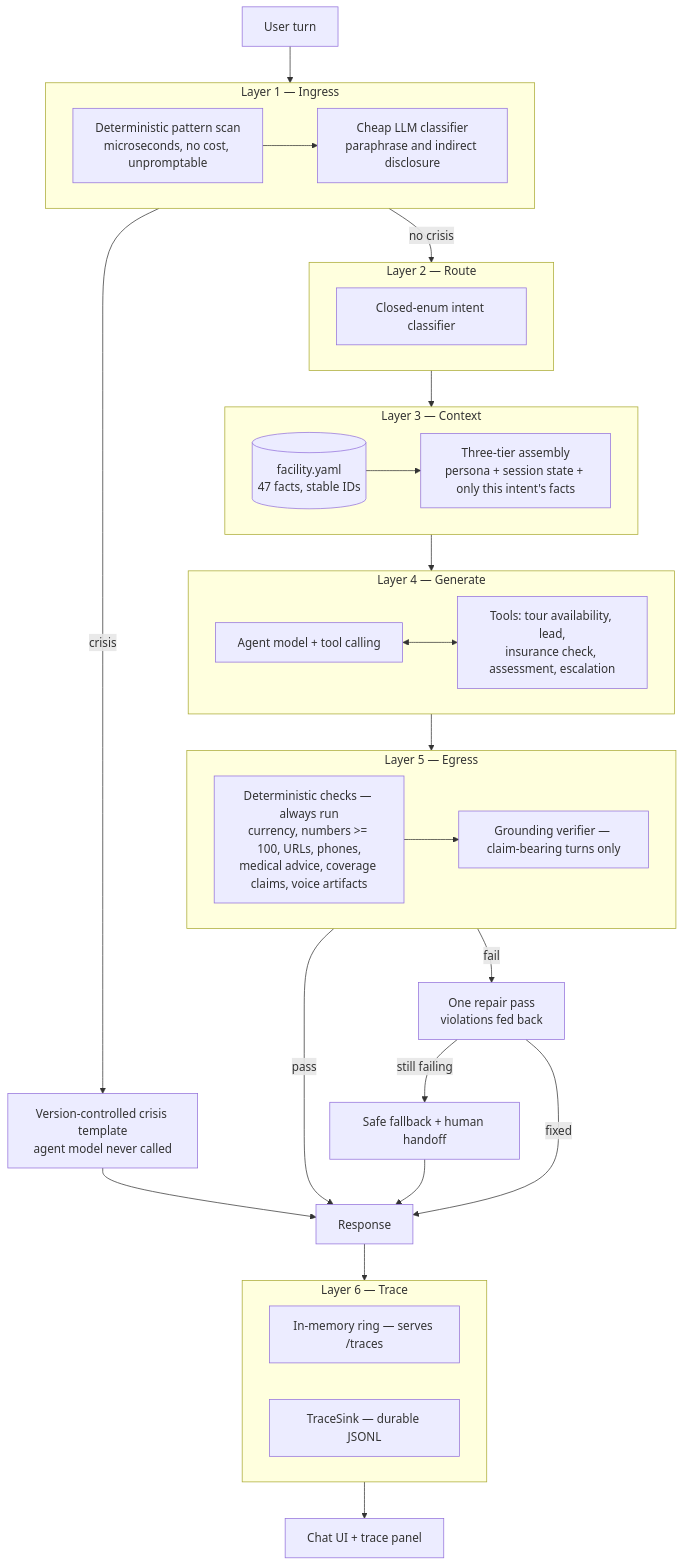
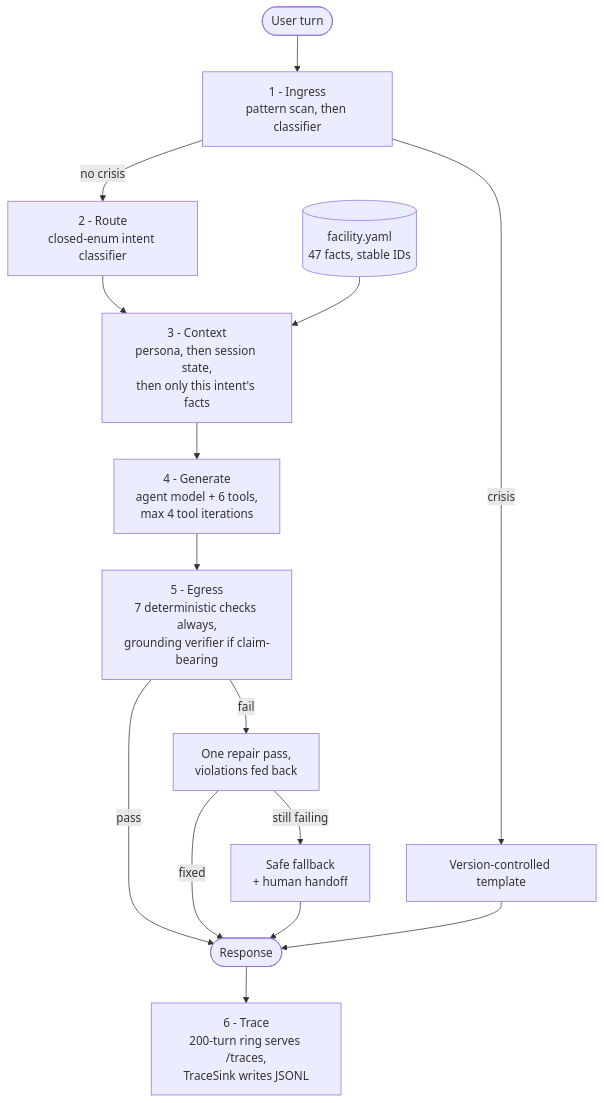
One commit to TCMS31/talkfurther changed the second of 2 diagrams in README.md. Above: the diagram before and after it, drawn with Mermaid. The commit also changed other lines of this file, not shown here.

````diff
--- a/README.md
+++ b/README.md
@@ -50,57 +102,17 @@
 ```mermaid
 flowchart TD
-    U[User turn] --> L1
-
-    subgraph L1 ["Layer 1 — Ingress"]
-        D[Deterministic pattern scan<br/>microseconds, no cost, unpromptable]
-        C[Cheap LLM classifier<br/>paraphrase and indirect disclosure]
-        D --> C
-    end
-
-    L1 -->|crisis| CR[Version-controlled crisis template<br/>agent model never called]
-    L1 -->|no crisis| L2
-
-    subgraph L2 ["Layer 2 — Route"]
-        R[Closed-enum intent classifier]
-    end
-
-    L2 --> L3
-
-    subgraph L3 ["Layer 3 — Context"]
-        K[(facility.yaml<br/>47 facts, stable IDs)]
-        A[Three-tier assembly<br/>persona + session state + only this intent's facts]
-        K --> A
-    end
-
-    L3 --> L4
-
-    subgraph L4 ["Layer 4 — Generate"]
-        G[Agent model + tool calling]
-        T[Tools: tour availability, lead,<br/>insurance check, assessment, escalation]
-        G <--> T
-    end
-
-    L4 --> L5
-
-    subgraph L5 ["Layer 5 — Egress"]
-        E1[Deterministic checks — always run<br/>currency, numbers >= 100, URLs, phones,<br/>medical advice, coverage claims, voice artifacts]
-        E2[Grounding verifier — claim-bearing turns only]
-        E1 --> E2
-    end
-
-    L5 -->|pass| OUT[Response]
-    L5 -->|fail| RP[One repair pass<br/>violations fed back]
-    RP -->|still failing| FB[Safe fallback + human handoff]
+    U([User turn]) --> I["1 - Ingress<br/>pattern scan, then classifier"]
+    I -->|crisis| CR["Version-controlled template"]
+    I -->|no crisis| R["2 - Route<br/>closed-enum intent classifier"]
+    R --> C["3 - Context<br/>persona, then session state,<br/>then only this intent's facts"]
+    KB[("facility.yaml<br/>47 facts, stable IDs")] --> C
+    C --> G["4 - Generate<br/>agent model + 6 tools,<br/>max 4 tool iterations"]
+    G --> E["5 - Egress<br/>7 deterministic checks always,<br/>grounding verifier if claim-bearing"]
+    E -->|pass| OUT([Response])
+    E -->|fail| RP["One repair pass,<br/>violations fed back"]
     RP -->|fixed| OUT
+    RP -->|still failing| FB["Safe fallback<br/>+ human handoff"]
     FB --> OUT
     CR --> OUT
-
-    OUT --> L6
-
-    subgraph L6 ["Layer 6 — Trace"]
-        S[In-memory ring — serves /traces]
-        J[TraceSink — durable JSONL]
-    end
-
-    L6 --> W[Chat UI + trace panel]
+    OUT --> T["6 - Trace<br/>200-turn ring serves /traces,<br/>TraceSink writes JSONL"]
 ```
````
